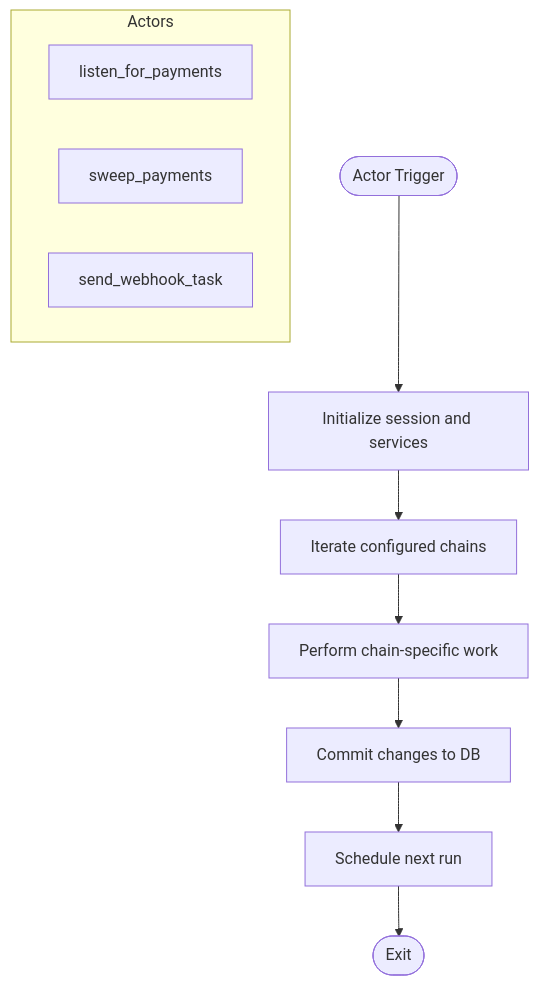
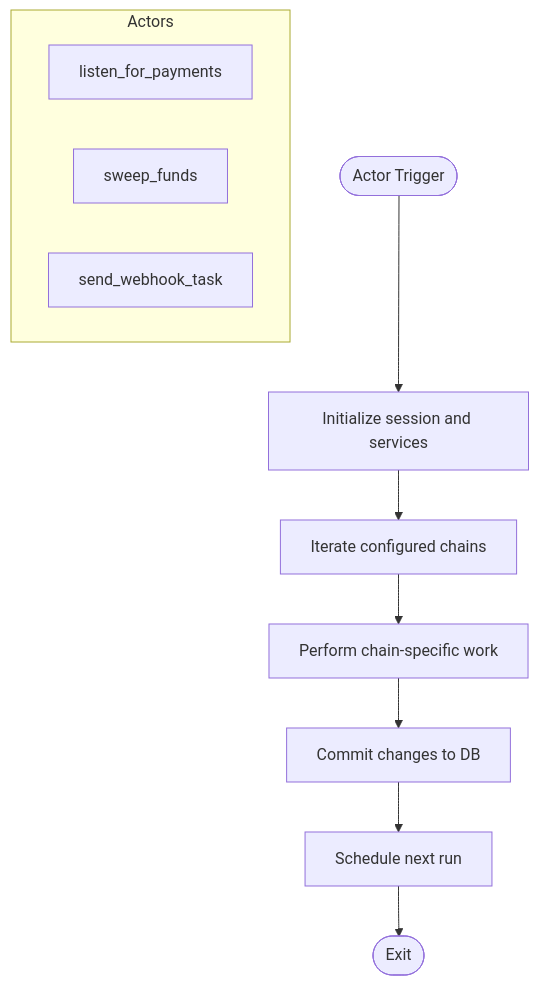
The fifth of 9 diagrams in docs/advanced-topics/architectural-patterns-and-design-principles.md (rakibhossain72/ctrip-docs), drawn with Mermaid before and after one commit. The commit also changed other lines of this file and 25 other files, not shown here.

````diff
--- a/docs/advanced-topics/architectural-patterns-and-design-principles.md
+++ b/docs/advanced-topics/architectural-patterns-and-design-principles.md
@@ -268,14 +268,14 @@
 ```mermaid
 flowchart TD
 Start(["Actor Trigger"]) --> Init["Initialize session and services"]
 Init --> IterateChains["Iterate configured chains"]
 IterateChains --> Work["Perform chain-specific work"]
 Work --> Persist["Commit changes to DB"]
 Persist --> Schedule["Schedule next run"]
 Schedule --> End(["Exit"])
 subgraph "Actors"
 L["listen_for_payments"]
-S["sweep_payments"]
+S["sweep_funds"]
 W["send_webhook_task"]
 end
 ```
````
